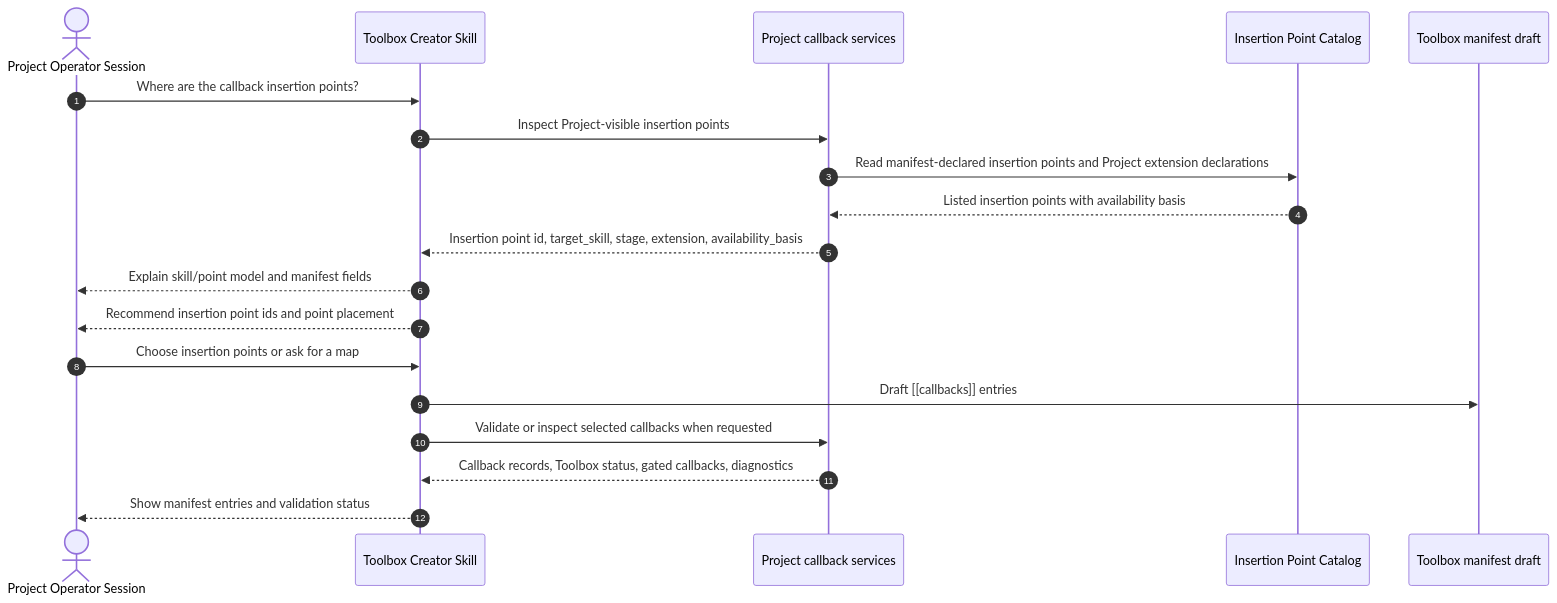
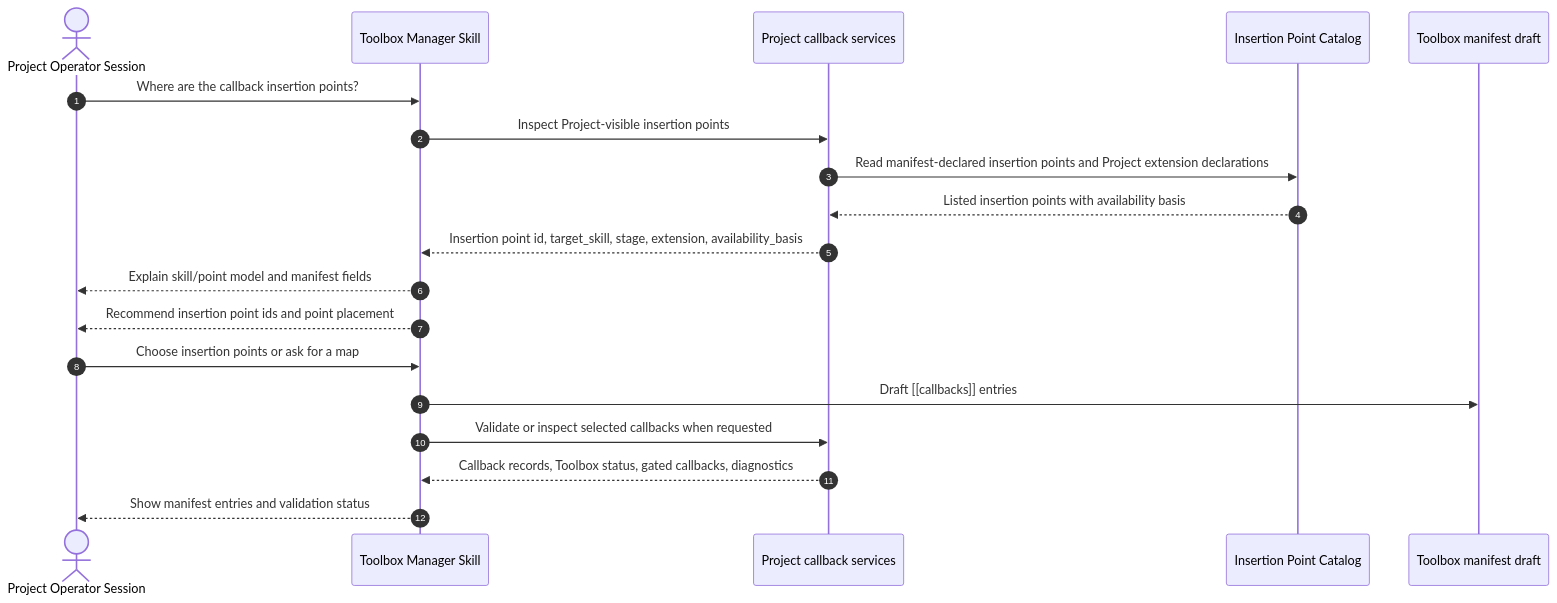
Before and after one commit to CodeGandee/isomer-labs: the second of 2 diagrams in context/features/2026-07-08-toolbox-creator-skill/usecases/uc-01-identify-toolbox-callback-insertion-points.md, drawn with Mermaid. The commit also changed other lines of this file and 38 other files, not shown here.

Commit message:
feat: add toolbox manager system skill

````diff
--- a/context/features/2026-07-08-toolbox-creator-skill/usecases/uc-01-identify-toolbox-callback-insertion-points.md
+++ b/context/features/2026-07-08-toolbox-creator-skill/usecases/uc-01-identify-toolbox-callback-insertion-points.md
@@ -152,22 +152,22 @@
 ```mermaid
 sequenceDiagram
   autonumber
   actor User as Project Operator Session
-  participant Skill as Toolbox Creator Skill
+  participant Skill as Toolbox Manager Skill
   participant Services as Project callback services
   participant Catalog as Insertion Point Catalog
   participant Manifest as Toolbox manifest draft
 
   User->>Skill: Where are the callback insertion points?
   Skill->>Services: Inspect Project-visible insertion points
   Services->>Catalog: Read manifest-declared insertion points and Project extension declarations
   Catalog-->>Services: Listed insertion points with availability basis
   Services-->>Skill: Insertion point id, target_skill, stage, extension, availability_basis
   Skill-->>User: Explain skill/point model and manifest fields
   Skill-->>User: Recommend insertion point ids and point placement
   User->>Skill: Choose insertion points or ask for a map
   Skill->>Manifest: Draft [[callbacks]] entries
   Skill->>Services: Validate or inspect selected callbacks when requested
   Services-->>Skill: Callback records, Toolbox status, gated callbacks, diagnostics
   Skill-->>User: Show manifest entries and validation status
 ```
````
